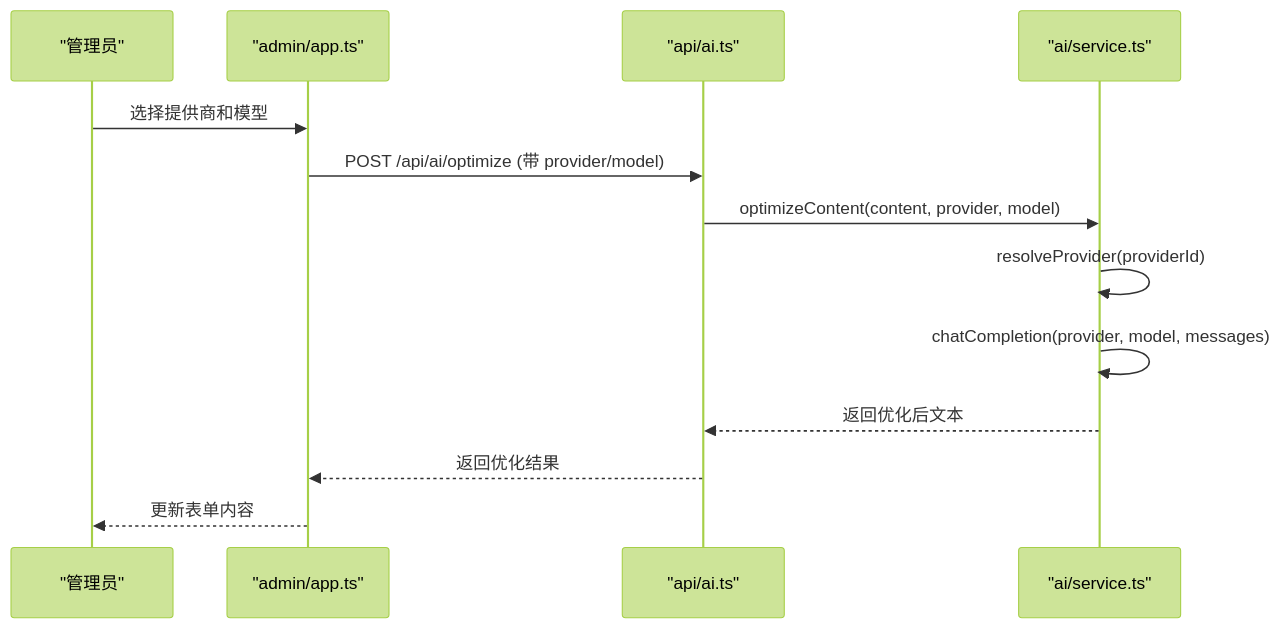
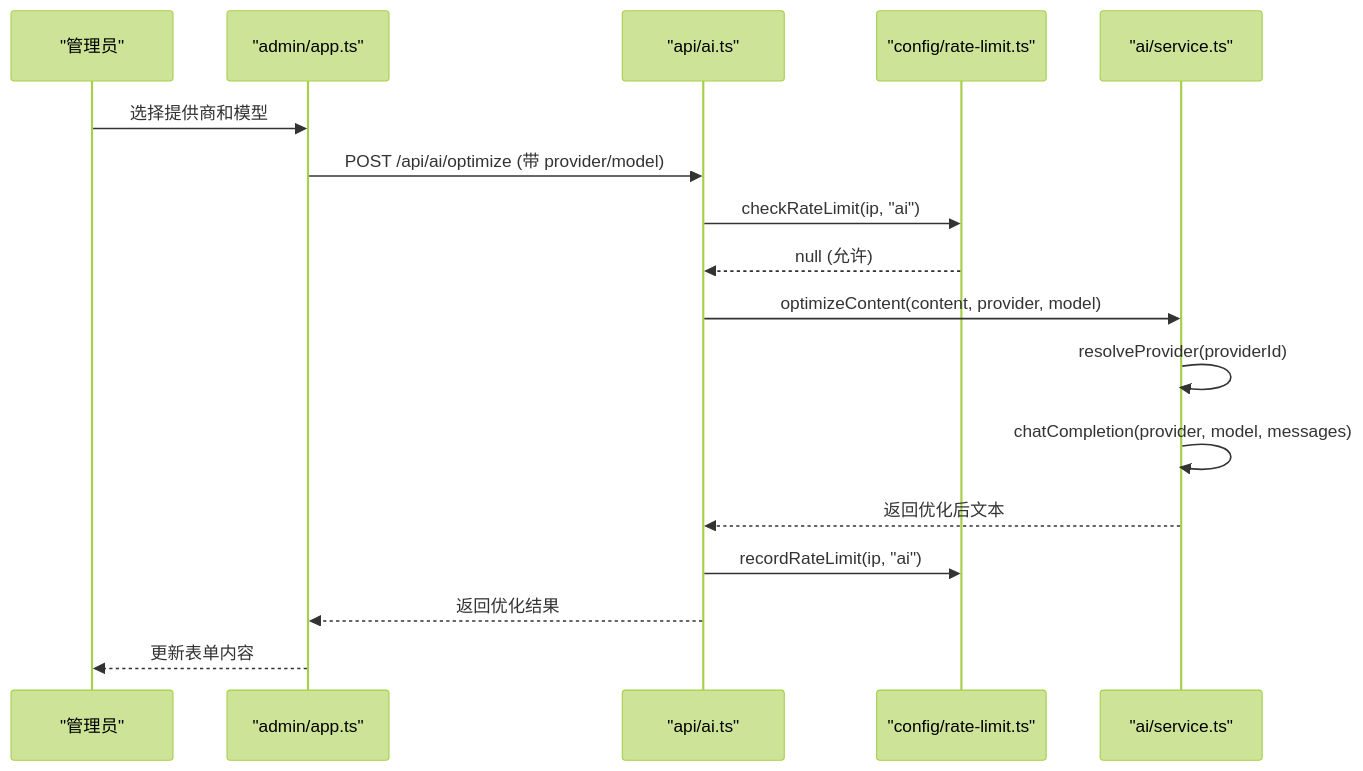
One commit to BlackBoxRecorder/memos changed the seventh of 11 diagrams in .qoder/repowiki/zh/content/开发指南/开发指南.md. Above: the diagram before and after it, drawn with Mermaid (forest theme). The commit also changed other lines of this file and 7 other files, not shown here.

````diff
--- a/.qoder/repowiki/zh/content/开发指南/开发指南.md
+++ b/.qoder/repowiki/zh/content/开发指南/开发指南.md
@@ -290,15 +335,19 @@
 ```mermaid
 sequenceDiagram
 participant U as "管理员"
 participant A as "admin/app.ts"
 participant IA as "api/ai.ts"
+participant RL as "config/rate-limit.ts"
 participant SVC as "ai/service.ts"
 U->>A : 选择提供商和模型
 A->>IA : POST /api/ai/optimize (带 provider/model)
+IA->>RL : checkRateLimit(ip, "ai")
+RL-->>IA : null (允许)
 IA->>SVC : optimizeContent(content, provider, model)
 SVC->>SVC : resolveProvider(providerId)
 SVC->>SVC : chatCompletion(provider, model, messages)
 SVC-->>IA : 返回优化后文本
+IA->>RL : recordRateLimit(ip, "ai")
 IA-->>A : 返回优化结果
 A-->>U : 更新表单内容
 ```
````
